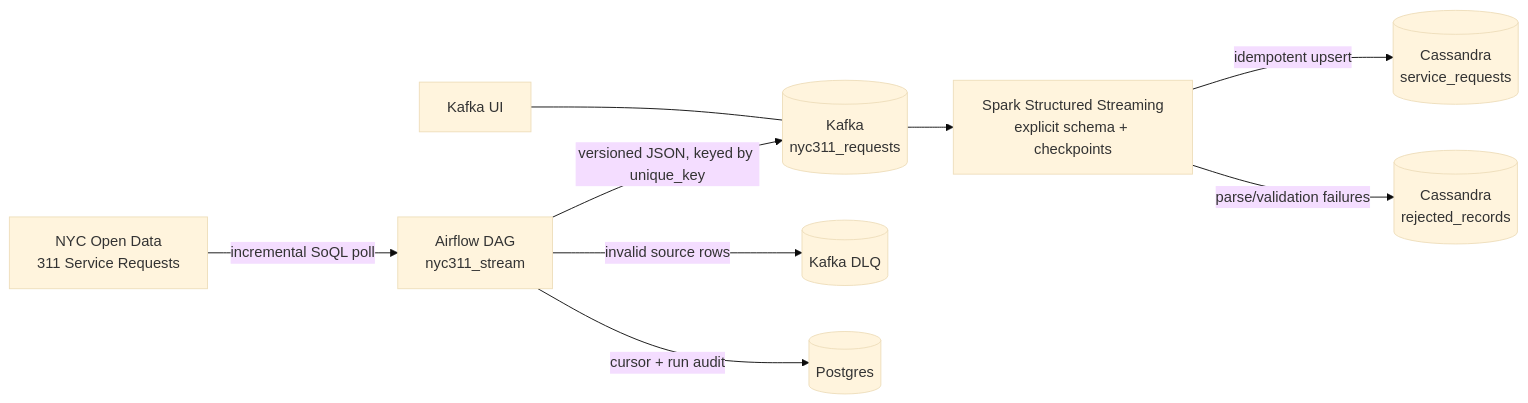
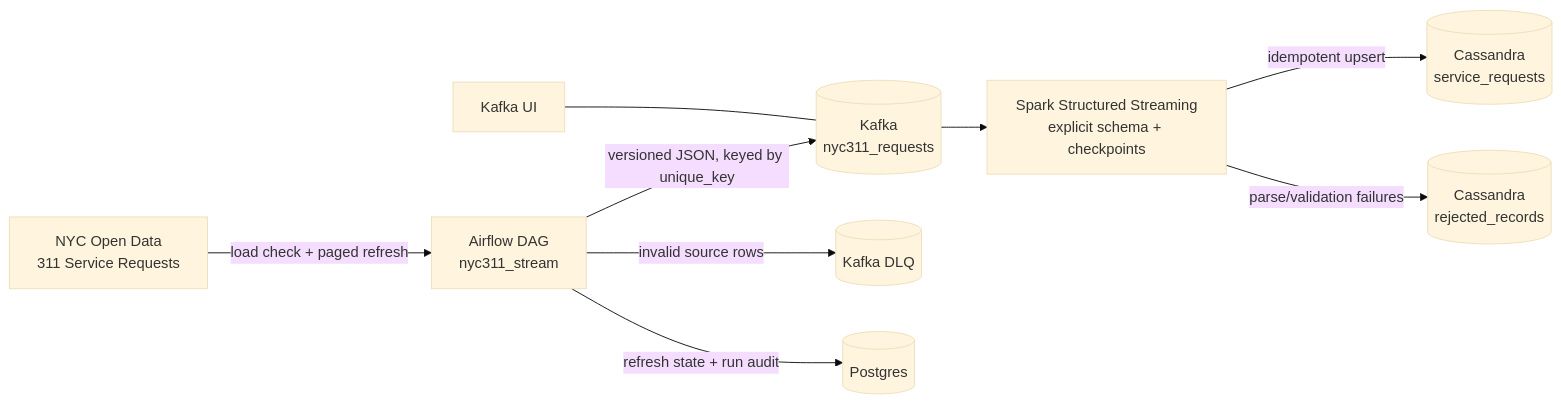
The diagram in README.md (omoissy/nyc311-streaming-pipeline), drawn with Mermaid (base theme) before and after one commit. The commit also changed other lines of this file and 20 other files, not shown here.

````diff
--- a/README.md
+++ b/README.md
@@ -11,11 +11,11 @@
 ```mermaid
 flowchart LR
-    API[NYC Open Data<br/>311 Service Requests] -->|incremental SoQL poll| AF[Airflow DAG<br/>nyc311_stream]
+    API[NYC Open Data<br/>311 Service Requests] -->|load check + paged refresh| AF[Airflow DAG<br/>nyc311_stream]
     AF -->|versioned JSON, keyed by unique_key| K[(Kafka<br/>nyc311_requests)]
     AF -->|invalid source rows| DLQ[(Kafka DLQ)]
-    AF -->|cursor + run audit| PG[(Postgres)]
+    AF -->|refresh state + run audit| PG[(Postgres)]
     K --> SS[Spark Structured Streaming<br/>explicit schema + checkpoints]
     SS -->|idempotent upsert| C1[(Cassandra<br/>service_requests)]
     SS -->|parse/validation failures| C2[(Cassandra<br/>rejected_records)]
     UI[Kafka UI] --- K
 ```
````
